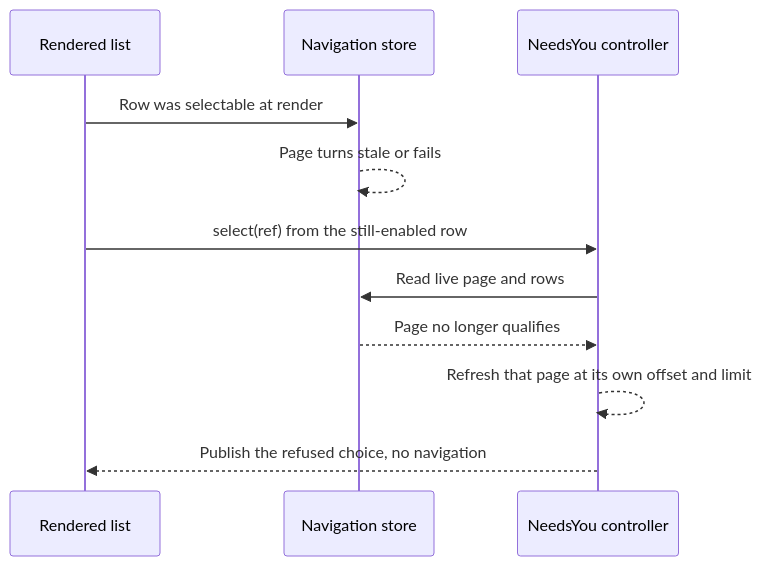
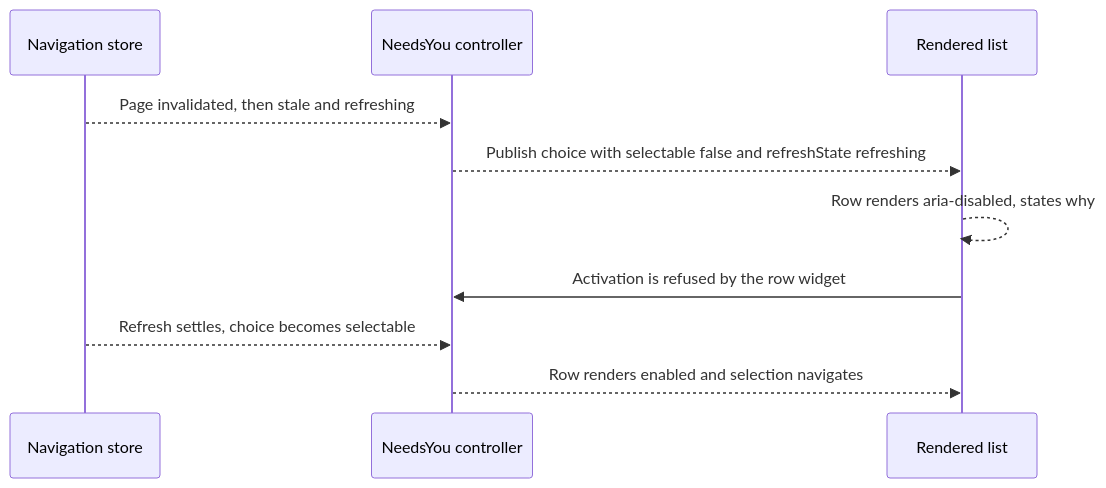
One commit to prime-radiant-inc/evener changed the diagram in docs/superpowers/specs/2026-10-24-issue-4846-stale-next-rows.md. Above: the diagram before and after it, drawn with Mermaid. The commit also changed other lines of this file, not shown here.

Commit message:
docs(web): finalize stale Next-needs-you spec (#4846)

````diff
--- a/docs/superpowers/specs/2026-10-24-issue-4846-stale-next-rows.md
+++ b/docs/superpowers/specs/2026-10-24-issue-4846-stale-next-rows.md
@@ -68,13 +74,12 @@
 ```mermaid
 sequenceDiagram
-  participant R as Rendered list
   participant N as Navigation store
   participant C as NeedsYou controller
-  R->>N: Row was selectable at render
-  N-->>N: Page turns stale or fails
-  R->>C: select(ref) from the still-enabled row
-  C->>N: Read live page and rows
-  N-->>C: Page no longer qualifies
-  C-->>C: Refresh that page at its own offset and limit
-  C-->>R: Publish the refused choice, no navigation
+  participant R as Rendered list
+  N-->>C: Page invalidated, then stale and refreshing
+  C-->>R: Publish choice with selectable false and refreshState refreshing
+  R-->>R: Row renders aria-disabled, states why
+  R->>C: Activation is refused by the row widget
+  N-->>C: Refresh settles, choice becomes selectable
+  C-->>R: Row renders enabled and selection navigates
 ```
````
